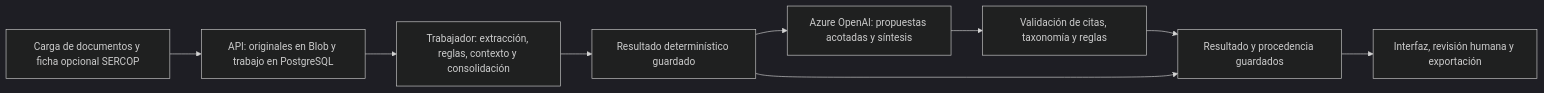
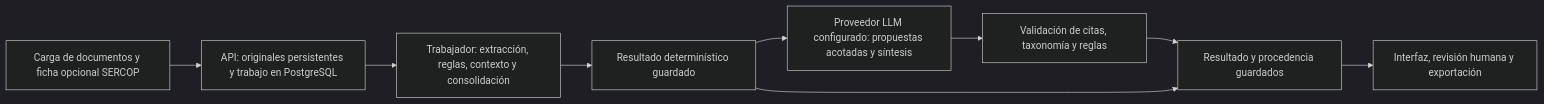
One commit to sebadhy/IntegrityTool changed the diagram in docs/ai_engine.md. Above: the diagram before and after it, drawn with Mermaid (dark theme). The commit also changed other lines of this file and 3 other files, not shown here.

````diff
--- a/docs/ai_engine.md
+++ b/docs/ai_engine.md
@@ -16,11 +25,11 @@
 ```mermaid
 flowchart LR
-  A["Carga de documentos y ficha opcional SERCOP"] --> B["API: originales en Blob y trabajo en PostgreSQL"]
+  A["Carga de documentos y ficha opcional SERCOP"] --> B["API: originales persistentes y trabajo en PostgreSQL"]
   B --> C["Trabajador: extracción, reglas, contexto y consolidación"]
   C --> D["Resultado determinístico guardado"]
-  D --> E["Azure OpenAI: propuestas acotadas y síntesis"]
+  D --> E["Proveedor LLM configurado: propuestas acotadas y síntesis"]
   E --> F["Validación de citas, taxonomía y reglas"]
   F --> G["Resultado y procedencia guardados"]
   D --> G
   G --> H["Interfaz, revisión humana y exportación"]
 ```
````
